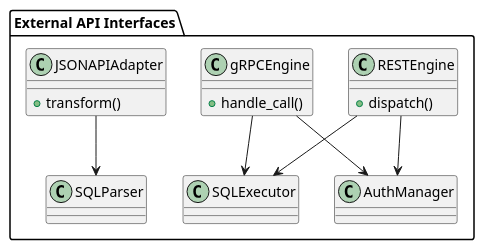
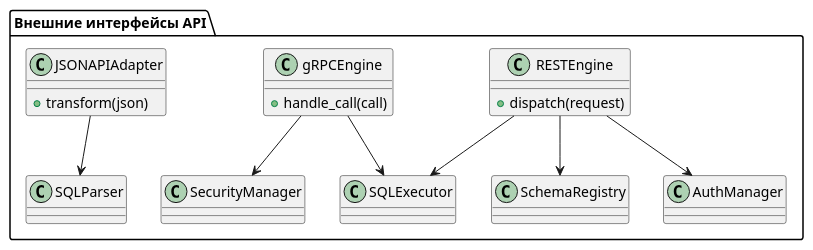
One commit to specialistru/Core changed the second of 2 diagrams in Documentation/9x04.md. Above: the diagram before and after it, drawn with PlantUML. The commit also changed other lines of this file, not shown here.

````diff
--- a/Documentation/9x04.md
+++ b/Documentation/9x04.md
@@ -135,21 +210,22 @@
 ```plantuml
 @startuml
-package "External API Interfaces" {
+package "Внешние интерфейсы API" {
   class RESTEngine {
-    +dispatch()
+    +dispatch(request)
   }
   class gRPCEngine {
-    +handle_call()
+    +handle_call(call)
   }
   class JSONAPIAdapter {
-    +transform()
+    +transform(json)
   }
 
   RESTEngine --> SQLExecutor
   gRPCEngine --> SQLExecutor
   JSONAPIAdapter --> SQLParser
   RESTEngine --> AuthManager
-  gRPCEngine --> AuthManager
+  gRPCEngine --> SecurityManager
+  RESTEngine --> SchemaRegistry
 }
 @enduml
 ```
````
